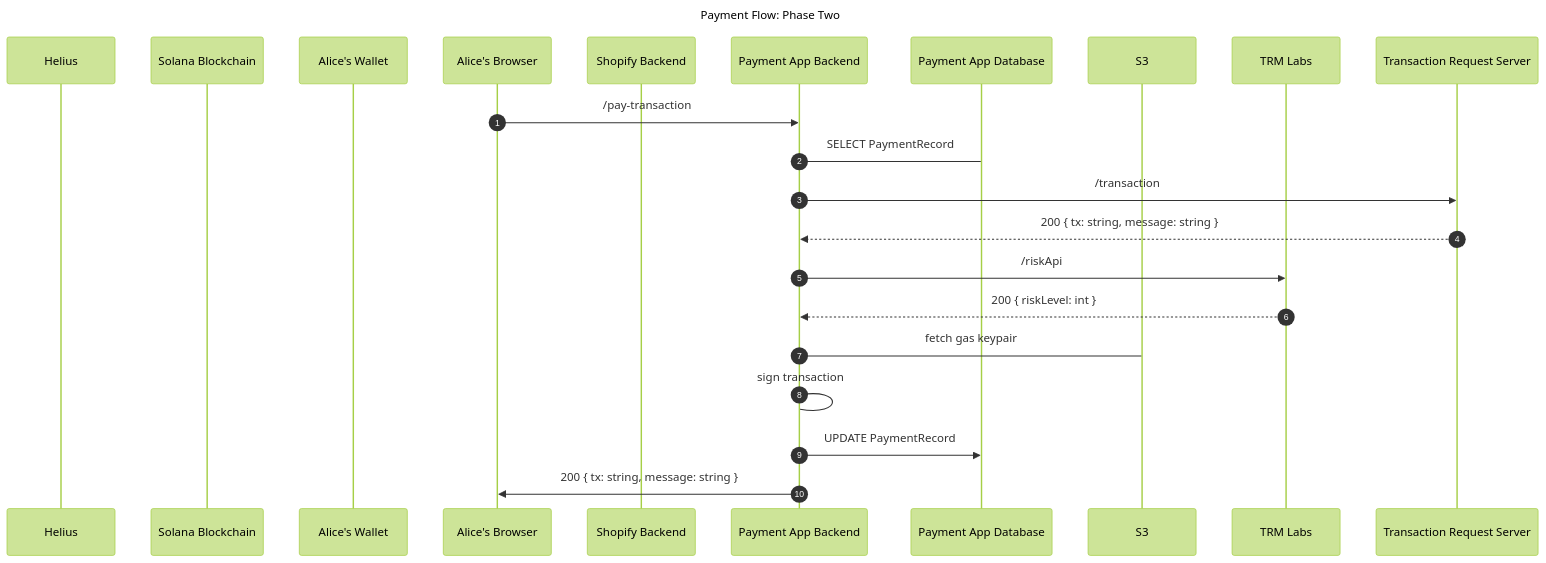
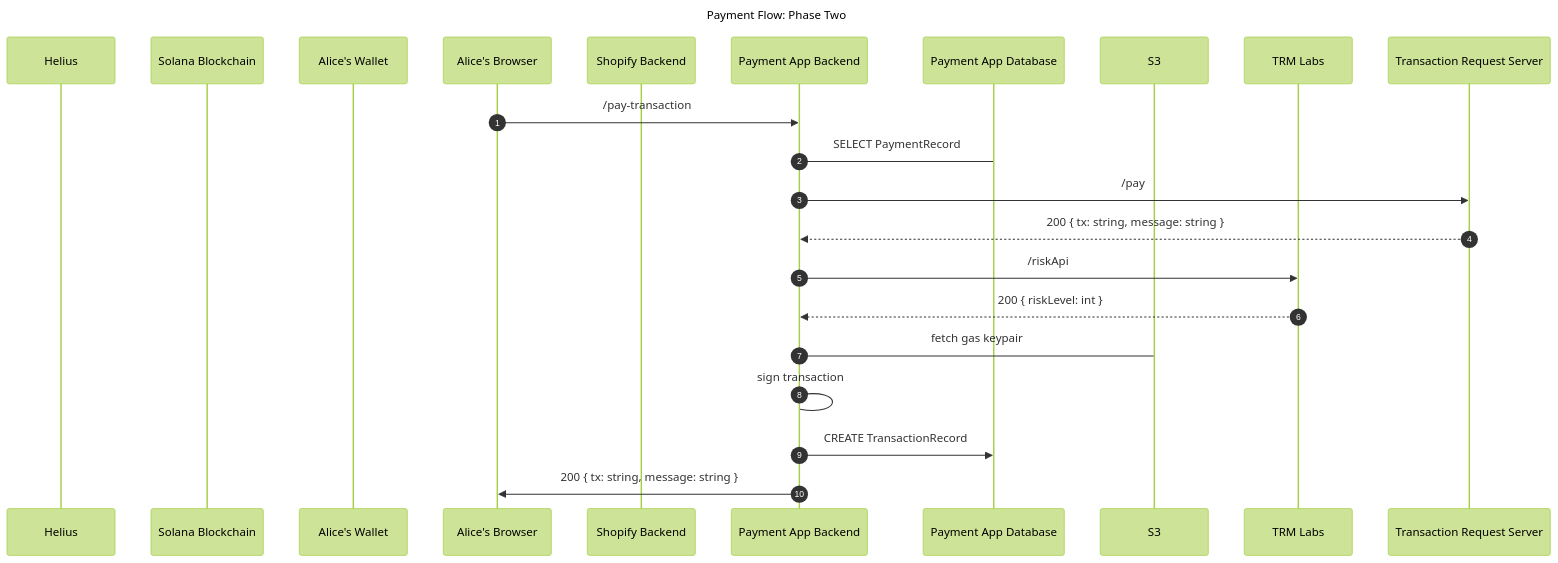
One commit to Tru3Bliss/solana-modern-pay changed the second of 8 diagrams in system-design/README.md. Above: the diagram before and after it, drawn with Mermaid (forest theme). The commit also changed other lines of this file and 30 other files, not shown here.

````diff
--- a/system-design/README.md
+++ b/system-design/README.md
@@ -51,25 +51,25 @@
 ```mermaid
 sequenceDiagram
     title Payment Flow: Phase Two
     autonumber
     participant Helius
     participant Solana as Solana Blockchain
     participant Wallet as Alice's Wallet
     participant Alice as Alice's Browser
     participant SHOP as Shopify Backend
     participant BACKEND as Payment App Backend
     participant DATABASE as Payment App Database
     participant S3
     participant TRM as TRM Labs
     participant TRS as Transaction Request Server
     Alice->>BACKEND: /pay-transaction
     BACKEND->DATABASE: SELECT PaymentRecord
-    BACKEND->>TRS: /transaction
+    BACKEND->>TRS: /pay
     TRS-->>BACKEND: 200 { tx: string, message: string }
     BACKEND->>TRM: /riskApi
     TRM-->>BACKEND: 200 { riskLevel: int }
     BACKEND->S3: fetch gas keypair
     BACKEND->BACKEND: sign transaction
-    BACKEND->>DATABASE: UPDATE PaymentRecord
+    BACKEND->>DATABASE: CREATE TransactionRecord
     BACKEND->>Alice: 200 { tx: string, message: string }
 ```
````
